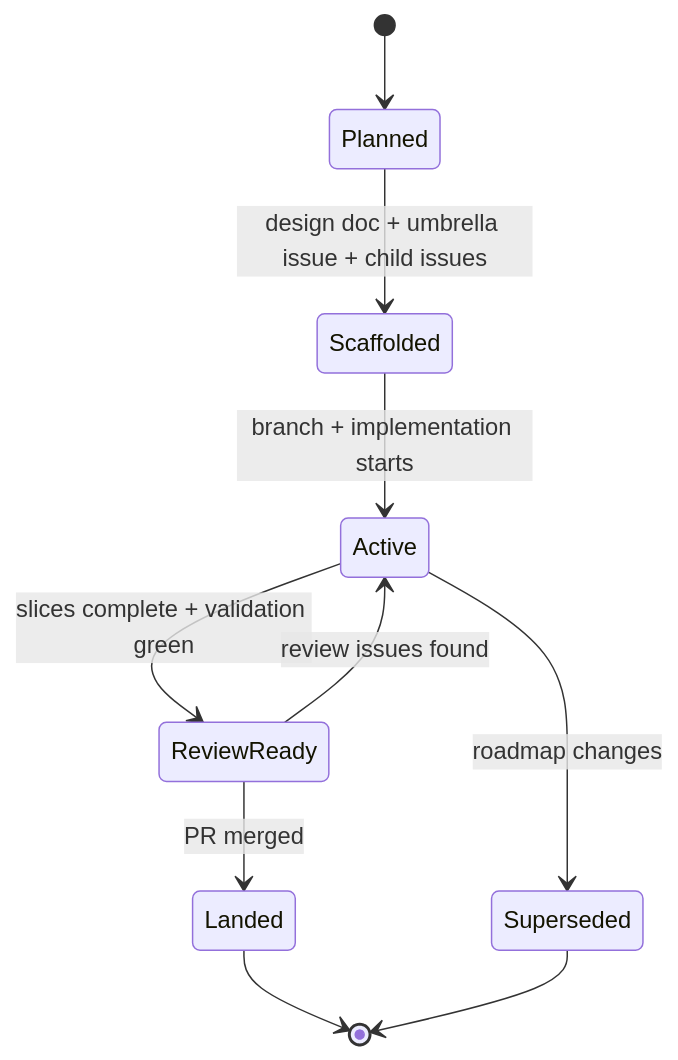
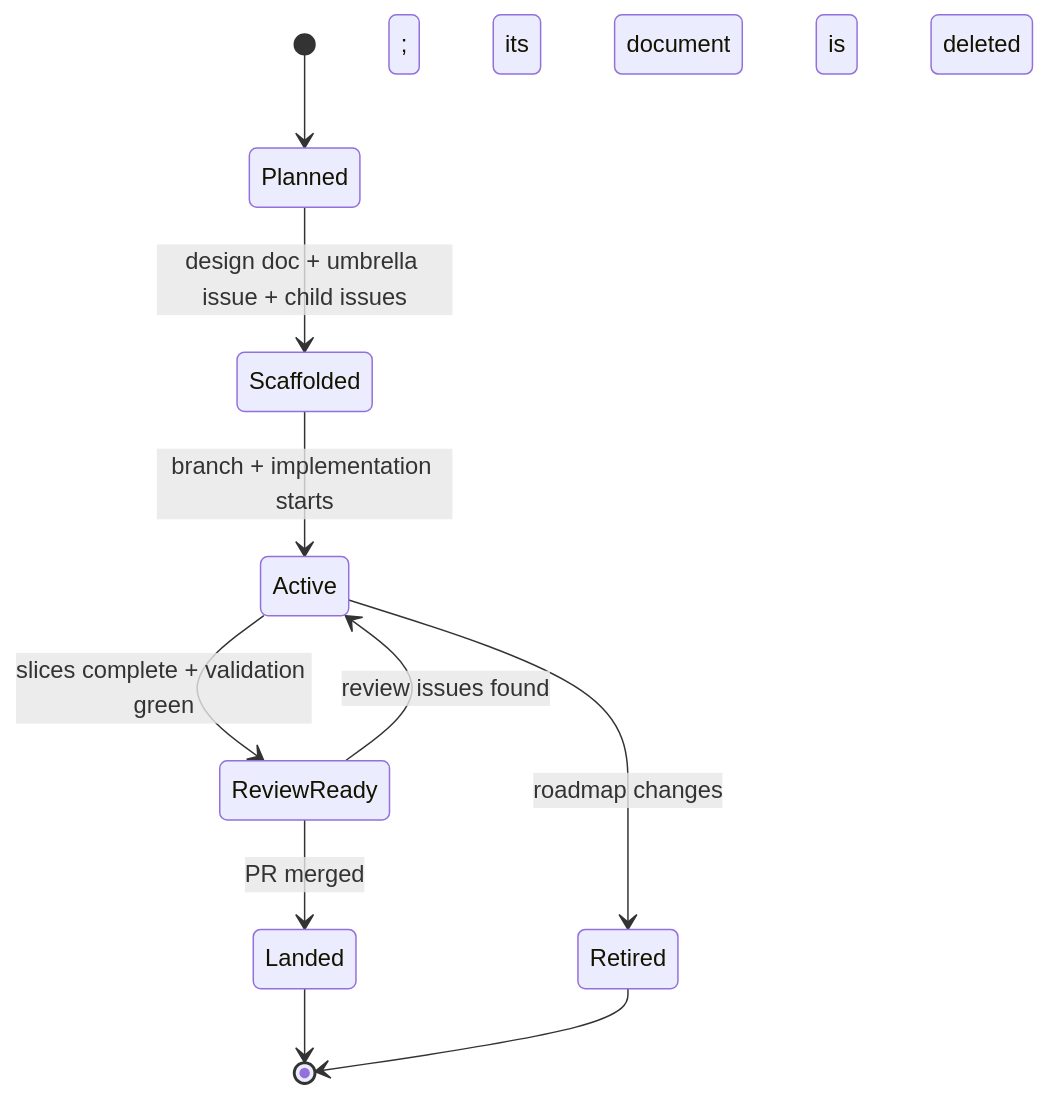
The second of 2 diagrams in docs/method/roadmap-planning.md (flyingrobots/jedit), drawn with Mermaid before and after one commit. The commit also changed other lines of this file and 324 other files, not shown here.

````diff
--- a/docs/method/roadmap-planning.md
+++ b/docs/method/roadmap-planning.md
@@ -425,12 +376,12 @@
 ```mermaid
 stateDiagram-v2
   [*] --> Planned
   Planned --> Scaffolded: design doc + umbrella issue + child issues
   Scaffolded --> Active: branch + implementation starts
   Active --> ReviewReady: slices complete + validation green
   ReviewReady --> Landed: PR merged
   ReviewReady --> Active: review issues found
-  Active --> Superseded: roadmap changes
+  Active --> Retired: roadmap changes; its document is deleted
   Landed --> [*]
-  Superseded --> [*]
+  Retired --> [*]
 ```
````
